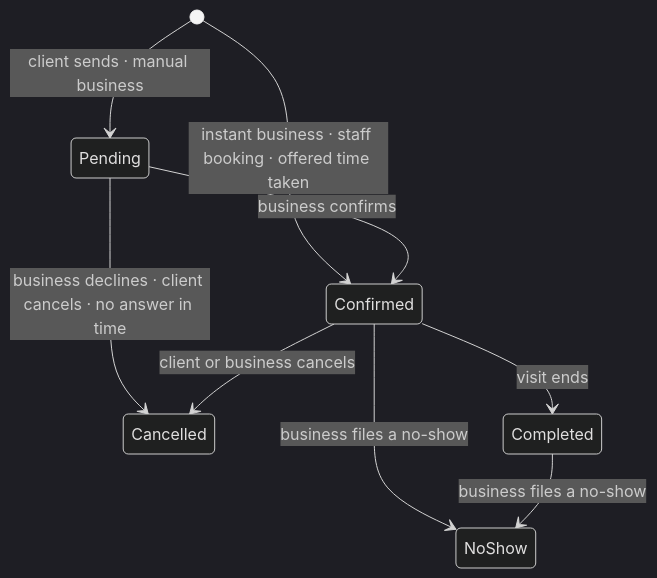
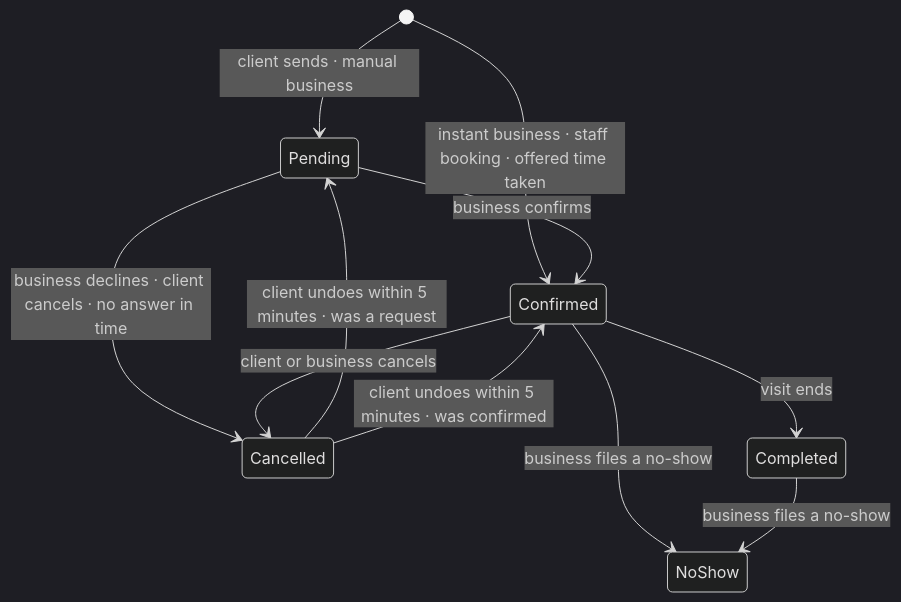
The second of 2 diagrams in docs/product/04-rules.md (azamatos/yeral), drawn with Mermaid (dark theme) before and after one commit. The commit also changed other lines of this file and 15 other files, not shown here.

````diff
--- a/docs/product/04-rules.md
+++ b/docs/product/04-rules.md
@@ -85,11 +85,13 @@
 ```mermaid
 stateDiagram-v2
   [*] --> Pending: client sends · manual business
   [*] --> Confirmed: instant business · staff booking · offered time taken
   Pending --> Confirmed: business confirms
   Pending --> Cancelled: business declines · client cancels · no answer in time
   Confirmed --> Completed: visit ends
   Confirmed --> NoShow: business files a no-show
   Confirmed --> Cancelled: client or business cancels
+  Cancelled --> Pending: client undoes within 5 minutes · was a request
+  Cancelled --> Confirmed: client undoes within 5 minutes · was confirmed
   Completed --> NoShow: business files a no-show
 ```
````
